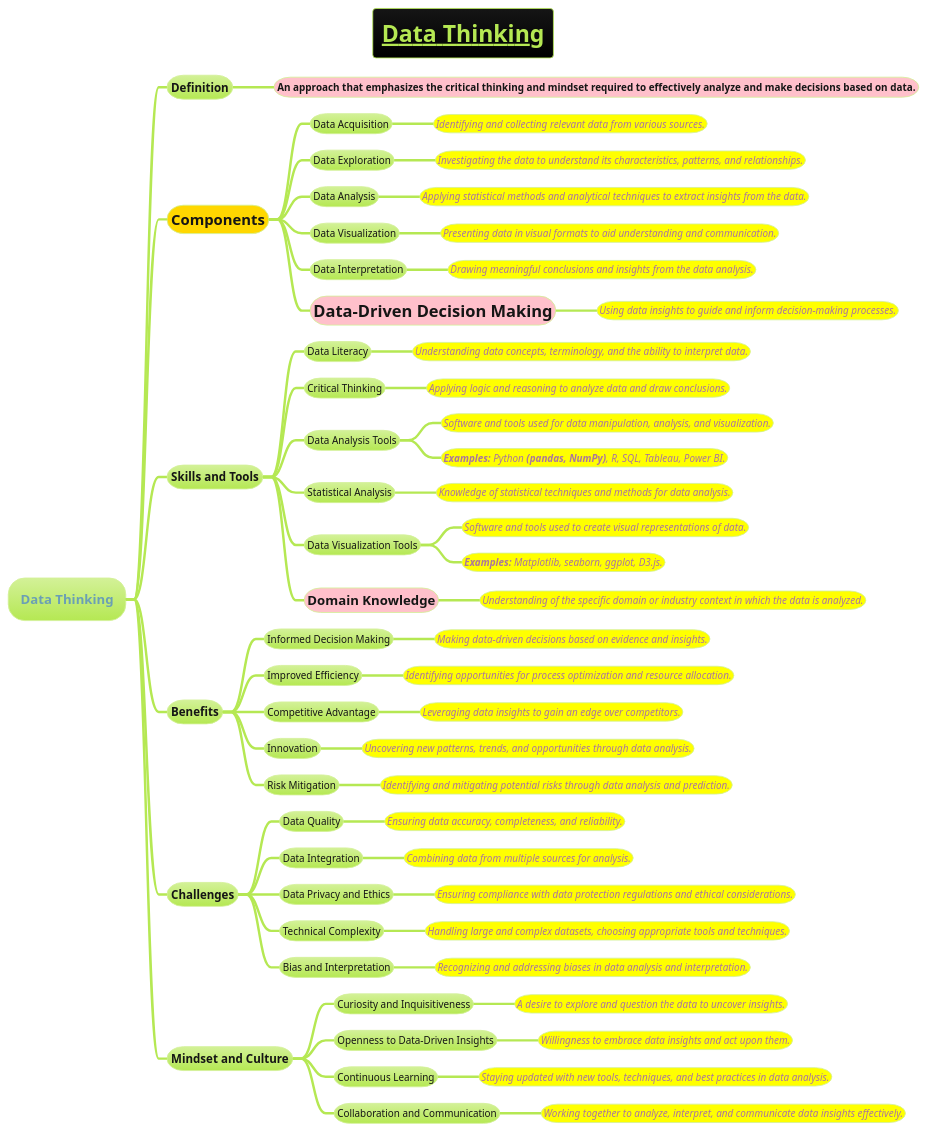
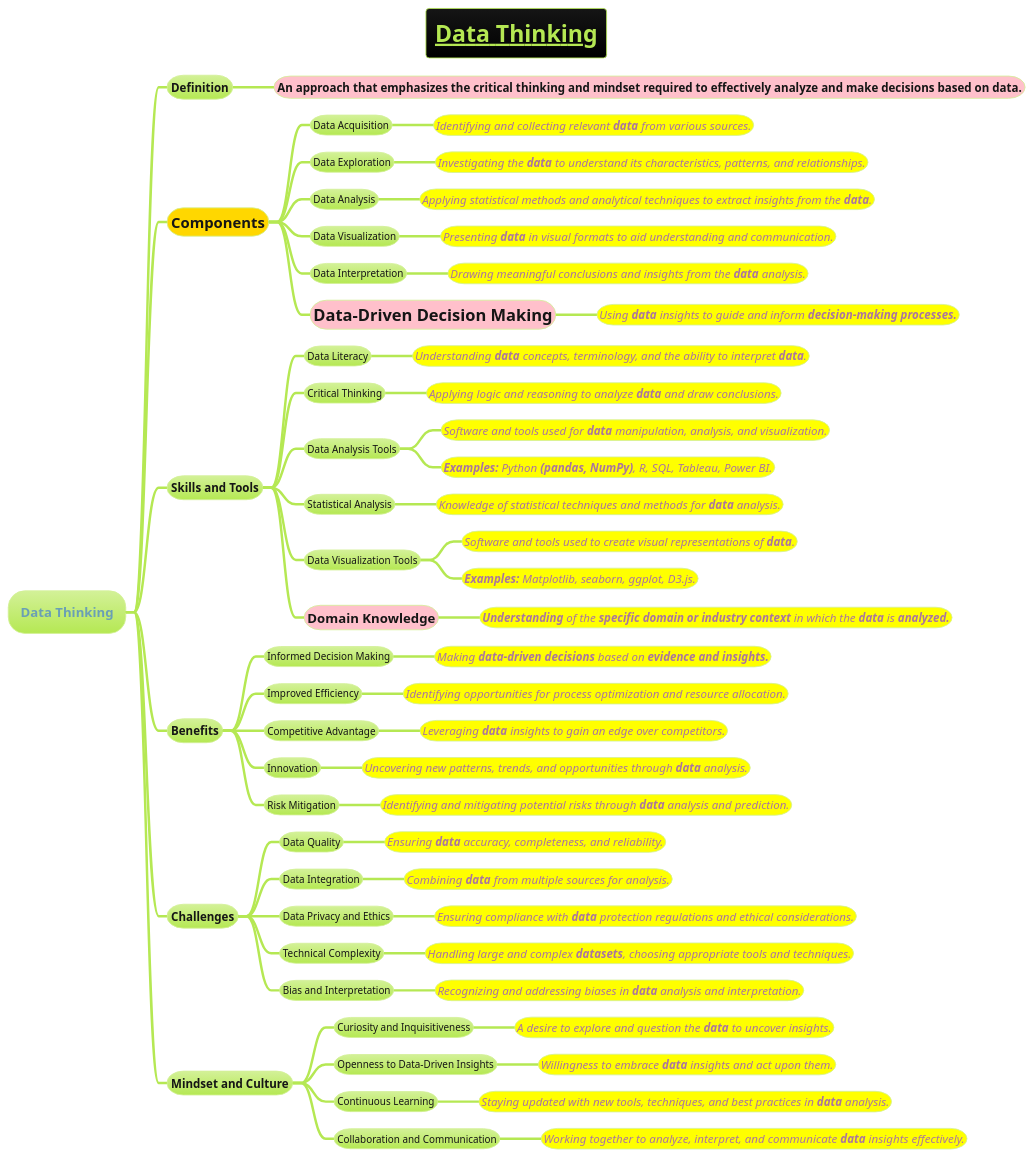
Before and after one commit to MehmoodHashmi/Documentation-as-Code-DaC: the diagram in docs/AI-ML- DL-Data-Science-and-BigData/data-science/data-engineering/Data-Thinking.puml, drawn with PlantUML. The commit also changed 1 other file, not shown here.

```diff
--- a/docs/AI-ML- DL-Data-Science-and-BigData/data-science/data-engineering/Data-Thinking.puml
+++ b/docs/AI-ML- DL-Data-Science-and-BigData/data-science/data-engineering/Data-Thinking.puml
@@ -1,100 +1,100 @@
 @startmindmap
 title =__Data Thinking__
 !theme hacker
 
 * Data Thinking
 
 ** **Definition**
-***[#pink] **An approach that emphasizes the critical thinking and mindset required to effectively analyze and make decisions based on data.**
+***[#pink] <size:14>**An approach that emphasizes the critical thinking and mindset required to effectively analyze and make decisions based on data.**
 
 **[#gold] =Components
 
 *** Data Acquisition
-****[#yellow] ====<size:12>Identifying and collecting relevant data from various sources.
+****[#yellow] ====<size:14>Identifying and collecting relevant **data** from various sources.
 
 *** Data Exploration
-****[#yellow] ====<size:12>Investigating the data to understand its characteristics, patterns, and relationships.
+****[#yellow] ====<size:14>Investigating the **data** to understand its characteristics, patterns, and relationships.
 
 *** Data Analysis
-****[#yellow] ====<size:12>Applying statistical methods and analytical techniques to extract insights from the data.
+****[#yellow] ====<size:14>Applying statistical methods and analytical techniques to extract insights from the **data**.
 
 *** Data Visualization
-****[#yellow] ====<size:12>Presenting data in visual formats to aid understanding and communication.
+****[#yellow] ====<size:14>Presenting **data** in visual formats to aid understanding and communication.
 
 *** Data Interpretation
-****[#yellow] ====<size:12>Drawing meaningful conclusions and insights from the data analysis.
+****[#yellow] ====<size:14>Drawing meaningful conclusions and insights from the **data** analysis.
 
 ***[#pink] =**Data-Driven Decision Making**
-****[#yellow] ====<size:12>Using data insights to guide and inform decision-making processes.
+****[#yellow] ====<size:14>Using **data** insights to guide and inform **decision-making processes.**
 
 ** Skills and Tools
 
 *** Data Literacy
-****[#yellow] ====<size:12>Understanding data concepts, terminology, and the ability to interpret data.
+****[#yellow] ====<size:14>Understanding **data** concepts, terminology, and the ability to interpret **data**.
 
 *** Critical Thinking
-****[#yellow] ====<size:12>Applying logic and reasoning to analyze data and draw conclusions.
+****[#yellow] ====<size:14>Applying logic and reasoning to analyze **data** and draw conclusions.
 
 *** Data Analysis Tools
-****[#yellow] ====<size:12>Software and tools used for data manipulation, analysis, and visualization.
-****[#yellow] ====<size:12>**Examples:** Python **(pandas, NumPy)**, R, SQL, Tableau, Power BI.
+****[#yellow] ====<size:14>Software and tools used for **data** manipulation, analysis, and visualization.
+****[#yellow] ====<size:14>**Examples:** Python **(pandas, NumPy)**, R, SQL, Tableau, Power BI.
 
 *** Statistical Analysis
-****[#yellow] ====<size:12>Knowledge of statistical techniques and methods for data analysis.
+****[#yellow] ====<size:14>Knowledge of statistical techniques and methods for **data** analysis.
 
 *** Data Visualization Tools
-****[#yellow] ====<size:12>Software and tools used to create visual representations of data.
-****[#yellow] ====<size:12>**Examples:** Matplotlib, seaborn, ggplot, D3.js.
+****[#yellow] ====<size:14>Software and tools used to create visual representations of **data**.
+****[#yellow] ====<size:14>**Examples:** Matplotlib, seaborn, ggplot, D3.js.
 
 ***[#pink] =Domain Knowledge
-****[#yellow] ====<size:12>Understanding of the specific domain or industry context in which the data is analyzed.
+****[#yellow] ====<size:14>**Understanding** of the **specific domain or industry context** in which the **data** is **analyzed.**
 
 ** Benefits
 
 *** Informed Decision Making
-****[#yellow] ====<size:12>Making data-driven decisions based on evidence and insights.
+****[#yellow] ====<size:14>Making **data-driven decisions** based on **evidence and insights.**
 
 *** Improved Efficiency
-****[#yellow] ====<size:12>Identifying opportunities for process optimization and resource allocation.
+****[#yellow] ====<size:14>Identifying opportunities for process optimization and resource allocation.
 
 *** Competitive Advantage
-****[#yellow] ====<size:12>Leveraging data insights to gain an edge over competitors.
+****[#yellow] ====<size:14>Leveraging **data** insights to gain an edge over competitors.
 
 *** Innovation
-****[#yellow] ====<size:12>Uncovering new patterns, trends, and opportunities through data analysis.
+****[#yellow] ====<size:14>Uncovering new patterns, trends, and opportunities through **data** analysis.
 
 *** Risk Mitigation
-****[#yellow] ====<size:12>Identifying and mitigating potential risks through data analysis and prediction.
+****[#yellow] ====<size:14>Identifying and mitigating potential risks through **data** analysis and prediction.
 
 ** Challenges
 
 *** Data Quality
-****[#yellow] ====<size:12>Ensuring data accuracy, completeness, and reliability.
+****[#yellow] ====<size:14>Ensuring **data** accuracy, completeness, and reliability.
 
 *** Data Integration
-****[#yellow] ====<size:12>Combining data from multiple sources for analysis.
+****[#yellow] ====<size:14>Combining **data** from multiple sources for analysis.
 
 *** Data Privacy and Ethics
-****[#yellow] ====<size:12>Ensuring compliance with data protection regulations and ethical considerations.
+****[#yellow] ====<size:14>Ensuring compliance with **data** protection regulations and ethical considerations.
 
 *** Technical Complexity
-****[#yellow] ====<size:12>Handling large and complex datasets, choosing appropriate tools and techniques.
+****[#yellow] ====<size:14>Handling large and complex **datasets**, choosing appropriate tools and techniques.
 
 *** Bias and Interpretation
-****[#yellow] ====<size:12>Recognizing and addressing biases in data analysis and interpretation.
+****[#yellow] ====<size:14>Recognizing and addressing biases in **data** analysis and interpretation.
 
 ** Mindset and Culture
 
 *** Curiosity and Inquisitiveness
-****[#yellow] ====<size:12>A desire to explore and question the data to uncover insights.
+****[#yellow] ====<size:14>A desire to explore and question the **data** to uncover insights.
 
 *** Openness to Data-Driven Insights
-****[#yellow] ====<size:12>Willingness to embrace data insights and act upon them.
+****[#yellow] ====<size:14>Willingness to embrace **data** insights and act upon them.
 
 *** Continuous Learning
-****[#yellow] ====<size:12>Staying updated with new tools, techniques, and best practices in data analysis.
+****[#yellow] ====<size:14>Staying updated with new tools, techniques, and best practices in **data** analysis.
 
 *** Collaboration and Communication
-****[#yellow] ====<size:12>Working together to analyze, interpret, and communicate data insights effectively.
+****[#yellow] ====<size:14>Working together to analyze, interpret, and communicate **data** insights effectively.
 
 @endmindmap
```
